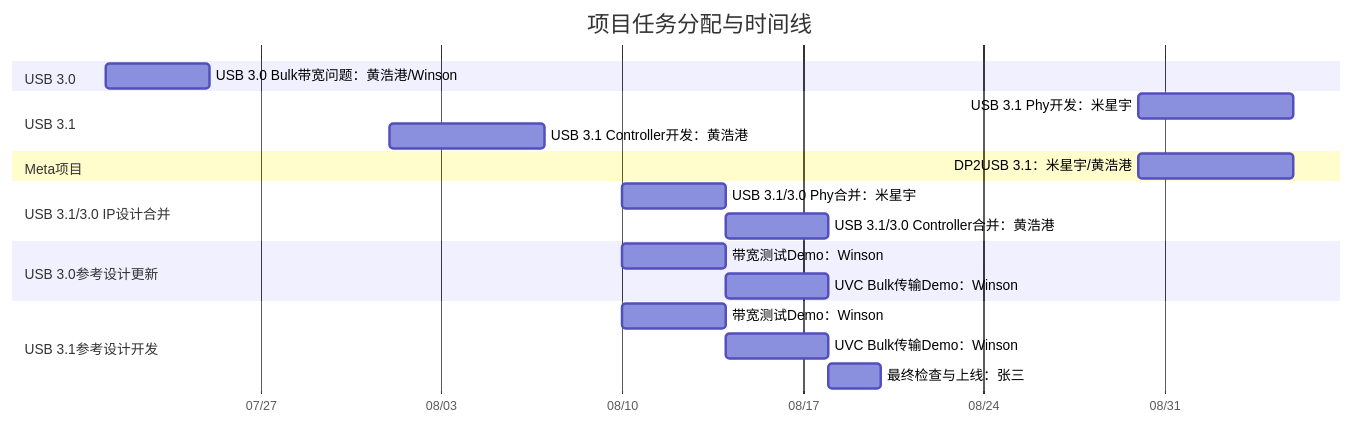
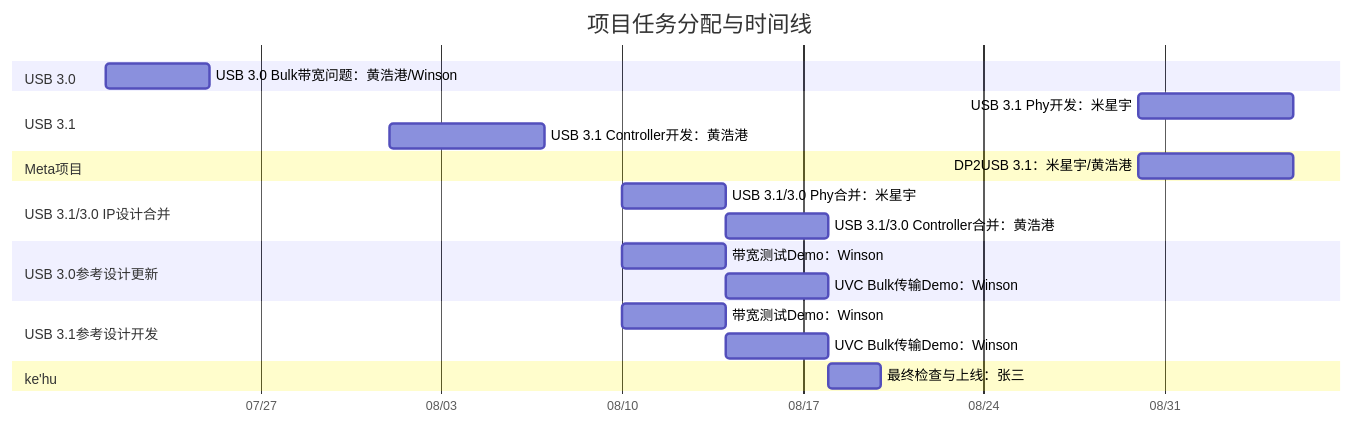
Before and after one commit to winsonbook/iodraw-files: the diagram in all/未命名.md, drawn with Mermaid.

Commit message:
2025-07-21 10:04:53 update

````diff
--- a/all/未命名.md
+++ b/all/未命名.md
@@ -1,32 +1,32 @@
 ```mermaid
 gantt
     title 项目任务分配与时间线
     dateFormat  YYYY-MM-DD
     axisFormat  %m/%d
 
     section USB 3.0
     USB 3.0 Bulk带宽问题：黄浩港/Winson   :    task1, 2025-07-21, 4d
 
     section USB 3.1
     USB 3.1 Phy开发：米星宇      :         task2, 2025-08-30, 6d
     USB 3.1 Controller开发：黄浩港      :  task3, 2025-08-01, 6d
 
     section Meta项目
     DP2USB 3.1：米星宇/黄浩港      :         task4, 2025-08-30, 6d
 
     section USB 3.1/3.0 IP设计合并
     USB 3.1/3.0 Phy合并：米星宇       :    task5, 2025-08-10, 4d
     USB 3.1/3.0 Controller合并：黄浩港:    task6, 2025-08-14, 4d
 
     section USB 3.0参考设计更新
     带宽测试Demo：Winson       :         task7, 2025-08-10, 4d
     UVC Bulk传输Demo：Winson   :        task8, 2025-08-14, 4d
 
     section USB 3.1参考设计开发
-    带宽测试Demo：Winson       :         task6, 2025-08-10, 4d
-    UVC Bulk传输Demo：Winson   :         task7, 2025-08-14, 4d
+    带宽测试Demo：Winson       :         task9, 2025-08-10, 4d
+    UVC Bulk传输Demo：Winson   :         task19, 2025-08-14, 4d
 
-    section USB 3.1参考设计开发
+    section ke'hu
     最终检查与上线：张三 :         task8, 2025-08-18, 2d
 
 ```
````
